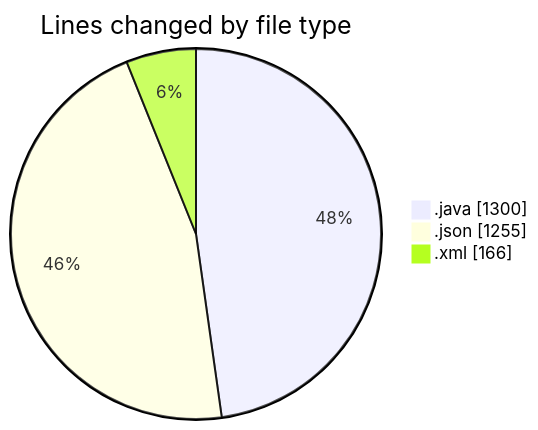
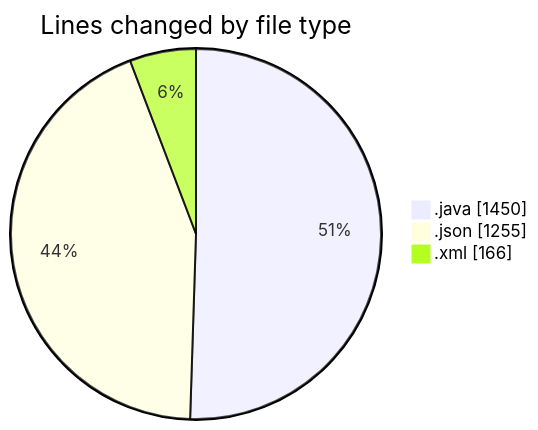
One commit to ricardozamudiocil/code-tracking changed the first of 2 diagrams in 2026-07-08/cilapp/README.md. Above: the diagram before and after it, drawn with Mermaid. The commit also changed other lines of this file and 1 other file, not shown here.

````diff
--- a/2026-07-08/cilapp/README.md
+++ b/2026-07-08/cilapp/README.md
@@ -24,7 +24,7 @@
 ```mermaid
 pie showData
 title Lines changed by file type
-".java" : 1300
+".java" : 1450
 ".json" : 1255
 ".xml" : 166
 ```
````
